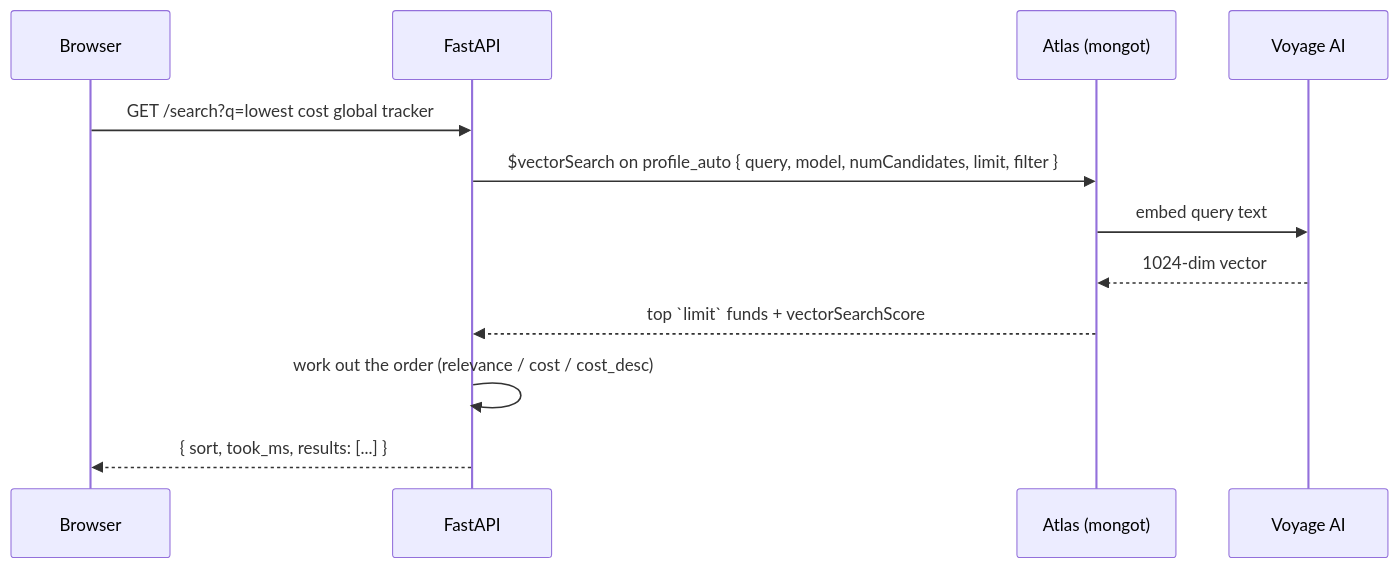
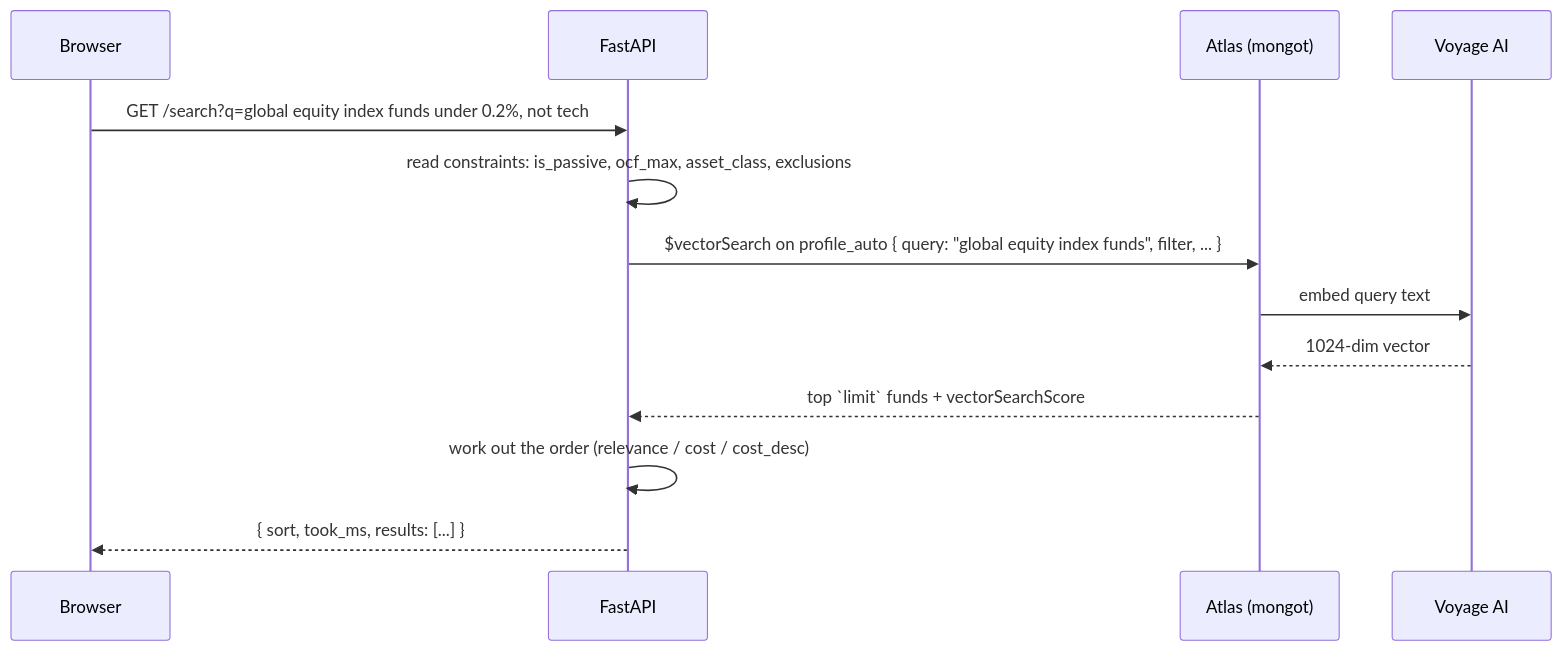
Before and after one commit to eltio77/fundfinder: the second of 2 diagrams in docs/how-it-works.md, drawn with Mermaid. The commit also changed other lines of this file and 14 other files, not shown here.

First line of the commit message:
feat(search): understand constraints in plain-English queries

````diff
--- a/docs/how-it-works.md
+++ b/docs/how-it-works.md
@@ -190,14 +190,15 @@
 ```mermaid
 sequenceDiagram
     participant U as Browser
     participant A as FastAPI
     participant M as Atlas (mongot)
     participant V as Voyage AI
-    U->>A: GET /search?q=lowest cost global tracker
-    A->>M: $vectorSearch on profile_auto { query, model, numCandidates, limit, filter }
+    U->>A: GET /search?q=global equity index funds under 0.2%, not tech
+    A->>A: read constraints: is_passive, ocf_max, asset_class, exclusions
+    A->>M: $vectorSearch on profile_auto { query: "global equity index funds", filter, ... }
     M->>V: embed query text
     V-->>M: 1024-dim vector
     M-->>A: top `limit` funds + vectorSearchScore
     A->>A: work out the order (relevance / cost / cost_desc)
     A-->>U: { sort, took_ms, results: [...] }
 ```
````
